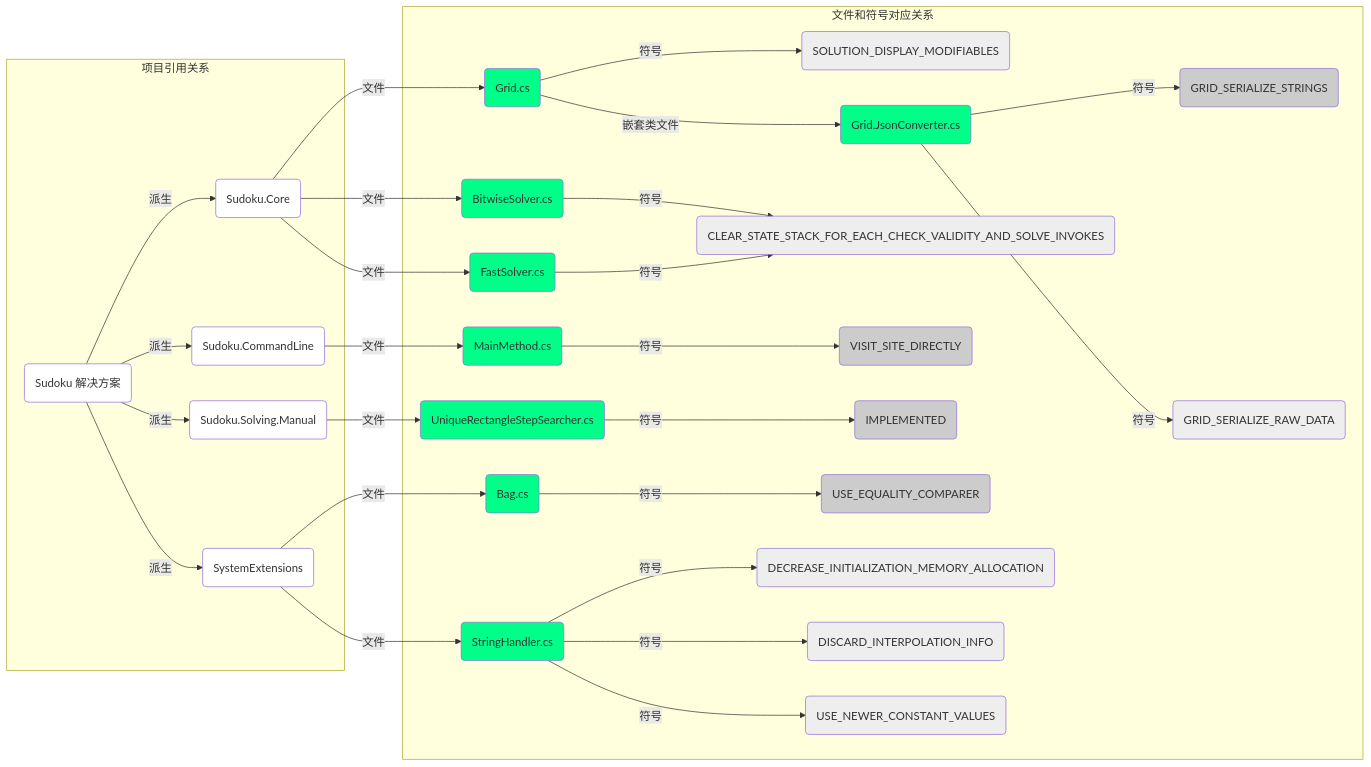
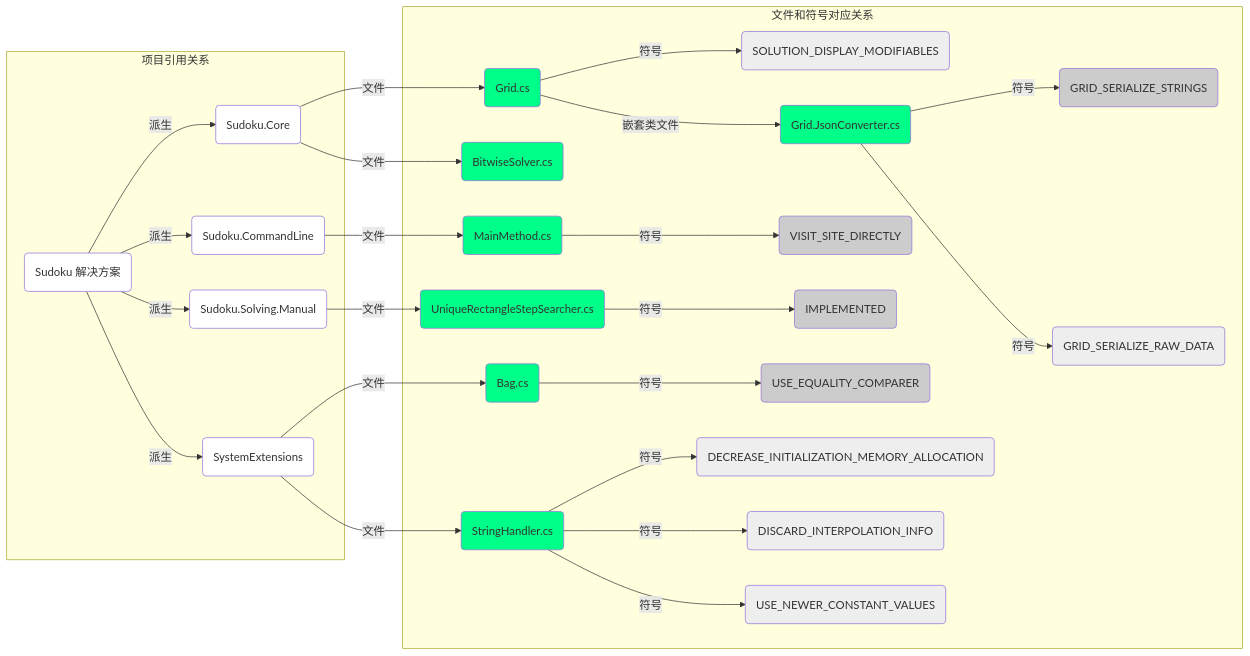
The diagram in docs/compilation-symbols.md (KyouyamaKazusa0805/Sudoku), drawn with Mermaid before and after one commit. The commit also changed other lines of this file and 3 other files, not shown here.

````diff
--- a/docs/compilation-symbols.md
+++ b/docs/compilation-symbols.md
@@ -22,69 +21,63 @@
 ```mermaid
 graph LR
     subgraph 项目引用关系
         Z(Sudoku 解决方案) -->|派生| P1(Sudoku.Core)
         Z -->|派生| P3(Sudoku.CommandLine)
         Z -->|派生| P4(Sudoku.Solving.Manual)
         Z -->|派生| P2(SystemExtensions)
         style Z fill:#FFF
         click Z "https://github.com/SunnieShine/Sudoku" _blank
         click P1 "https://github.com/SunnieShine/Sudoku/tree/main/src/Sudoku.Core" _blank
         click P2 "https://github.com/SunnieShine/Sudoku/tree/main/src/System" _blank
         click P3 "https://github.com/SunnieShine/Sudoku/tree/main/src/Sudoku.CommandLine" _blank
         click P4 "https://github.com/SunnieShine/Sudoku/tree/main/src/Sudoku.Solving.Manual" _blank
         click P5 "https://github.com/SunnieShine/Sudoku/tree/main/src/Sudoku.UI" _blank
     end
 
     subgraph 文件和符号对应关系
         P1 -->|文件| A(Grid.cs)
         P1 -->|文件| D(BitwiseSolver.cs)
-        P1 -->|文件| E(FastSolver.cs)
         P2 -->|文件| C(Bag.cs)
         P2 -->|文件| G(StringHandler.cs)
         P3 -->|文件| F(MainMethod.cs)
         P4 -->|文件| H(UniqueRectangleStepSearcher.cs)
         style P1 fill:#FFF
         style P2 fill:#FFF
         style P3 fill:#FFF
         style P4 fill:#FFF
         style A fill:#0F8
         style B fill:#0F8
         style C fill:#0F8
         style D fill:#0F8
-        style E fill:#0F8
         style F fill:#0F8
         style G fill:#0F8
         style H fill:#0F8
         click A "https://github.com/SunnieShine/Sudoku/blob/main/src/Sudoku.Core/Collections/Grid.cs" _blank
         click C "https://github.com/SunnieShine/Sudoku/blob/main/src/System/Collections/Generic/Bag.cs" _blank
         click D "https://github.com/SunnieShine/Sudoku/blob/main/src/Sudoku.Core/Solving/BitwiseSolver.cs" _blank
-        click E "https://github.com/SunnieShine/Sudoku/blob/main/src/Sudoku.Solving/Solving/BruteForces/FastSolver.cs" _blank
         click F "https://github.com/SunnieShine/Sudoku/tree/main/src/Sudoku.CommandLine/MainMethod.cs" _blank
         click G "https://github.com/SunnieShine/Sudoku/blob/main/src/System/Text/StringHandler.cs" _blank
         click H "https://github.com/SunnieShine/Sudoku/blob/main/src/Sudoku.Solving/Solving/Manual/Searchers/DeadlyPatterns/Rectangles/UniqueRectangleStepSearcher.cs" _blank
 
         A -->|符号| S2(SOLUTION_DISPLAY_MODIFIABLES)
         A -->|嵌套类文件| B(Grid.JsonConverter.cs)
         B -->|符号| S3(GRID_SERIALIZE_STRINGS)
         B -->|符号| S4(GRID_SERIALIZE_RAW_DATA)
         C -->|符号| S5(USE_EQUALITY_COMPARER)
-        D -->|符号| S6(CLEAR_STATE_STACK_FOR_EACH_CHECK_VALIDITY_AND_SOLVE_INVOKES)
-        E -->|符号| S6
         F -->|符号| S7(VISIT_SITE_DIRECTLY)
         G -->|符号| S8(DECREASE_INITIALIZATION_MEMORY_ALLOCATION)
         G -->|符号| S9(DISCARD_INTERPOLATION_INFO)
         G -->|符号| S10(USE_NEWER_CONSTANT_VALUES)
         H -->|符号| S11(IMPLEMENTED)
         style S2 fill:#EEE
         style S3 fill:#CCC
         style S4 fill:#EEE
         style S5 fill:#CCC
-        style S6 fill:#EEE
         style S7 fill:#CCC
         style S8 fill:#EEE
         style S9 fill:#EEE
         style S10 fill:#EEE
         style S11 fill:#CCC
         click B "https://github.com/SunnieShine/Sudoku/blob/main/src/Sudoku.Core/Collections/Grid.JsonConverter.cs" _blank
     end
 ```
````
